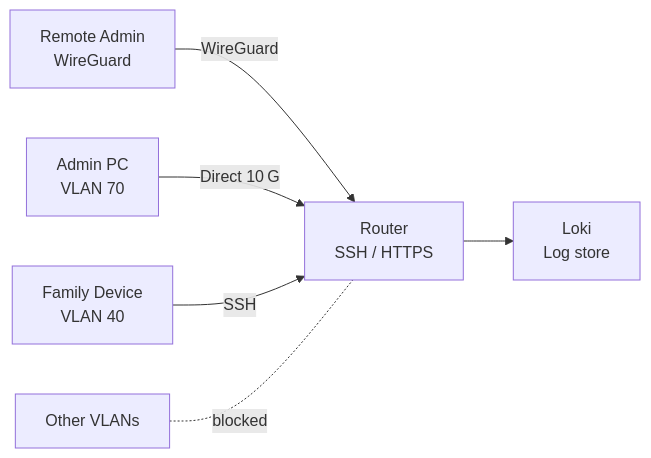
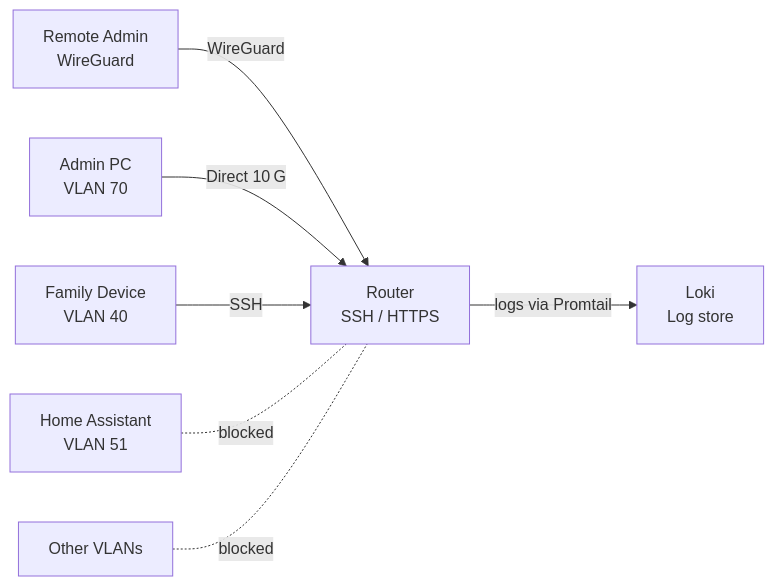
Before and after one commit to GEMISIS/home-network-setup: the seventh of 8 diagrams in SOFTWARE.md, drawn with Mermaid. The commit also changed other lines of this file and 1 other file, not shown here.

Commit message:
Refine network diagrams and include Home Assistant

````diff
--- a/SOFTWARE.md
+++ b/SOFTWARE.md
@@ -113,15 +116,17 @@
 ```mermaid
 flowchart LR
     AdminPC["Admin PC<br/>VLAN 70"]
     FamilyPC["Family Device<br/>VLAN 40"]
+    HA["Home Assistant<br/>VLAN 51"]
     WGUser["Remote Admin<br/>WireGuard"]
     Router["Router<br/>SSH / HTTPS"]
     Loki["Loki<br/>Log store"]
     Others["Other VLANs"]
 
     WGUser -->|"WireGuard"| Router
     AdminPC -->|"Direct 10 G"| Router
     FamilyPC -->|"SSH"| Router
+    HA -.-|"blocked"| Router
     Others -.-|"blocked"| Router
-    Router --> Loki
+    Router -- "logs via Promtail" --> Loki
 ```
````
